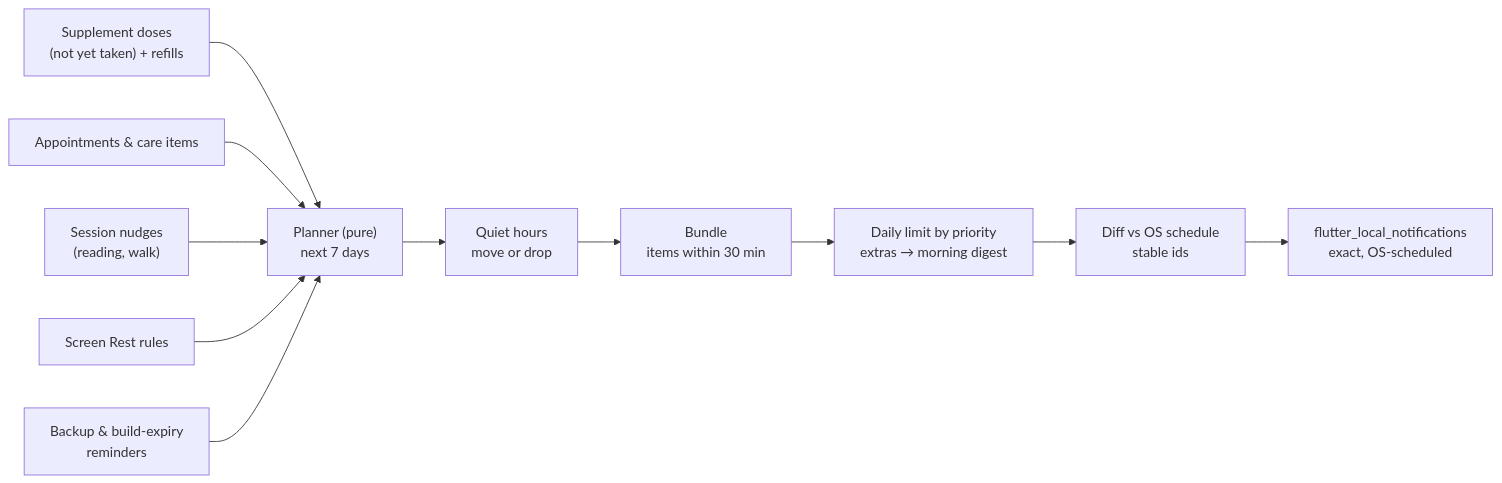
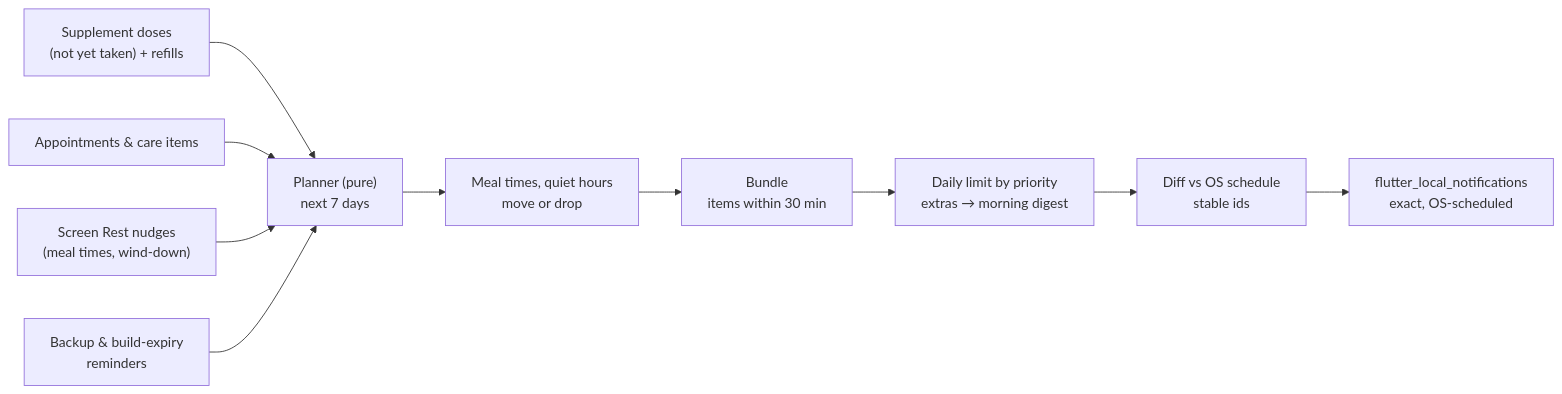
The second of 4 diagrams in docs/ARCHITECTURE.md (patel-keyur-18/pregnancy-care), drawn with Mermaid before and after one commit. The commit also changed other lines of this file and 4 other files, not shown here.

Commit message:
docs: sync PLAN, ARCHITECTURE, DESIGN_SYSTEM, README and CLAUDE.md with M6a

````diff
--- a/docs/ARCHITECTURE.md
+++ b/docs/ARCHITECTURE.md
@@ -178,13 +178,12 @@
 ```mermaid
 flowchart LR
   S1["Supplement doses<br/>(not yet taken) + refills"] --> P
   S2["Appointments & care items"] --> P
-  S3["Session nudges<br/>(reading, walk)"] --> P
-  S4["Screen Rest rules"] --> P
+  S3["Screen Rest nudges<br/>(meal times, wind-down)"] --> P
   S5["Backup & build-expiry<br/>reminders"] --> P
-  P["Planner (pure)<br/>next 7 days"] --> Q["Quiet hours<br/>move or drop"]
+  P["Planner (pure)<br/>next 7 days"] --> Q["Meal times, quiet hours<br/>move or drop"]
   Q --> D["Bundle<br/>items within 30 min"]
   D --> B["Daily limit by priority<br/>extras → morning digest"]
   B --> X["Diff vs OS schedule<br/>stable ids"]
   X --> N["flutter_local_notifications<br/>exact, OS-scheduled"]
 ```
````
